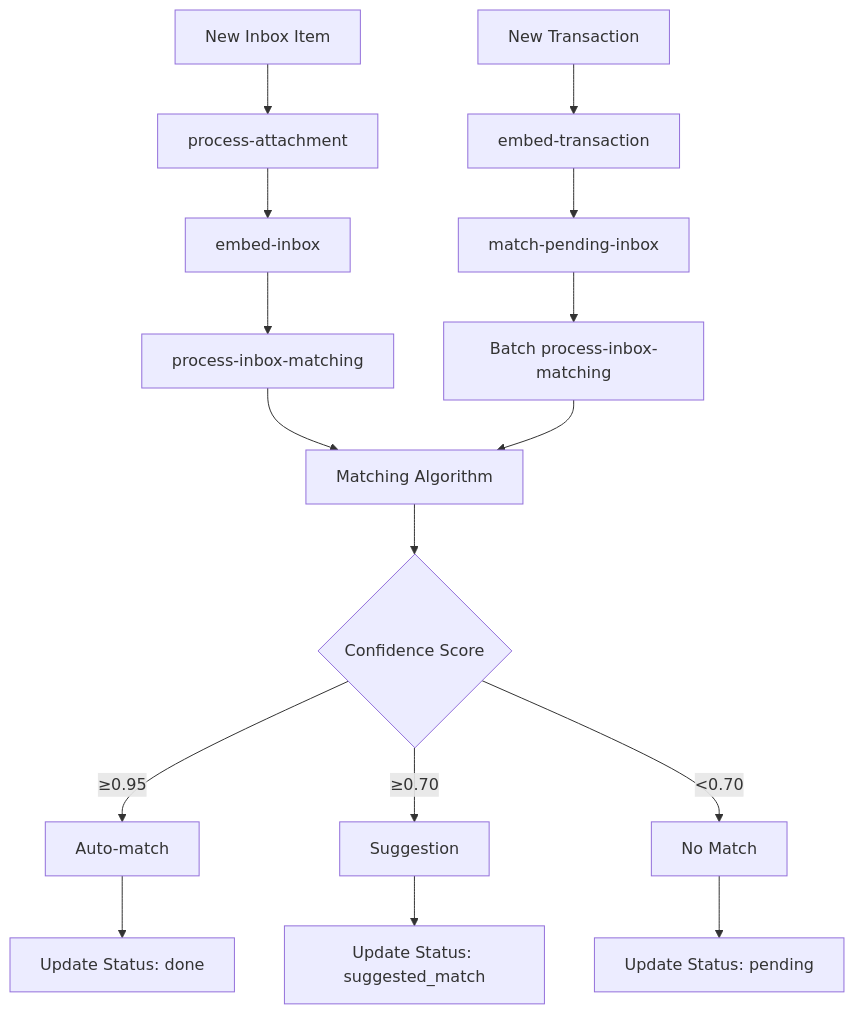
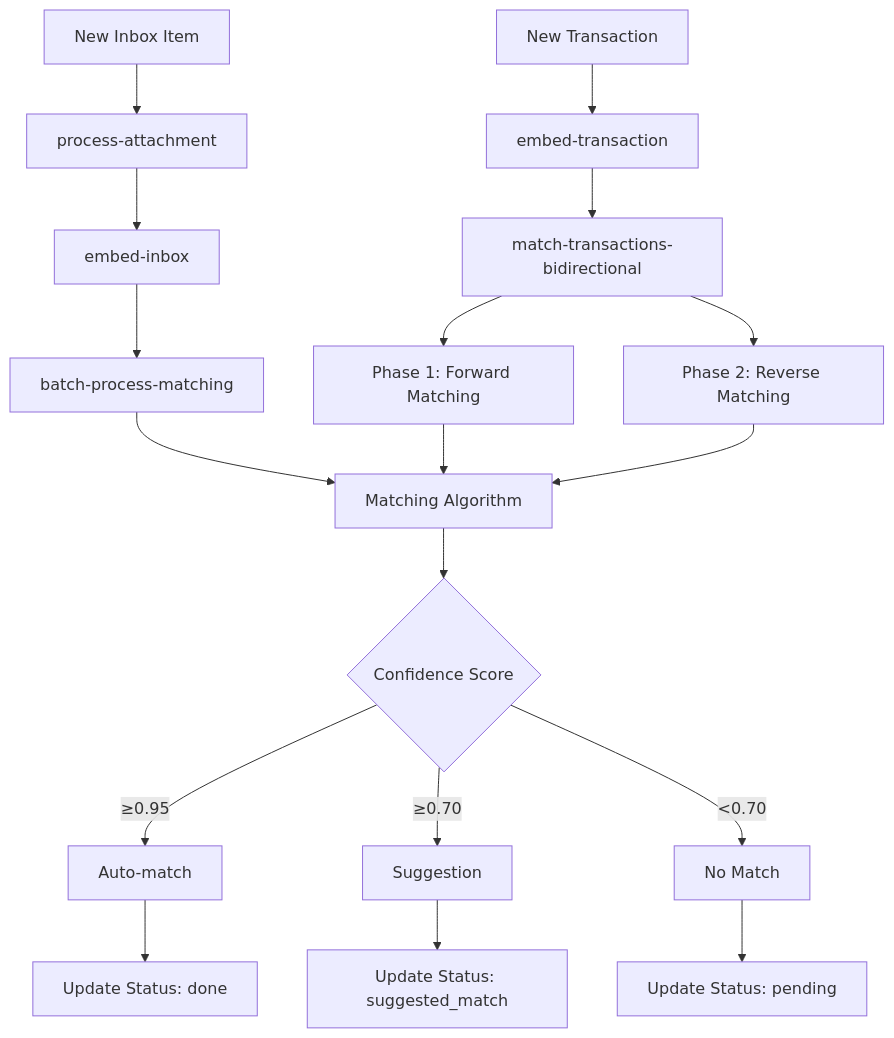
Before and after one commit to midday-ai/midday: the diagram in docs/inbox-matching.md, drawn with Mermaid. The commit also changed other lines of this file and 11 other files, not shown here.

````diff
--- a/docs/inbox-matching.md
+++ b/docs/inbox-matching.md
@@ -29,22 +29,24 @@
 ```mermaid
 graph TD
     A[New Transaction] --> B[embed-transaction]
     C[New Inbox Item] --> D[process-attachment]
     
-    B --> E[match-pending-inbox]
+    B --> E[match-transactions-bidirectional]
     D --> F[embed-inbox]
-    F --> G[process-inbox-matching]
+    F --> G[batch-process-matching]
     
-    E --> H[Batch process-inbox-matching]
-    G --> I[Matching Algorithm]
-    H --> I
+    E --> H[Phase 1: Forward Matching]
+    E --> I[Phase 2: Reverse Matching]
+    G --> J[Matching Algorithm]
+    H --> J
+    I --> J
     
-    I --> J{Confidence Score}
-    J -->|≥0.95| K[Auto-match]
-    J -->|≥0.70| L[Suggestion]
-    J -->|<0.70| M[No Match]
+    J --> K{Confidence Score}
+    K -->|≥0.95| L[Auto-match]
+    K -->|≥0.70| M[Suggestion]
+    K -->|<0.70| N[No Match]
     
-    K --> N[Update Status: done]
-    L --> O[Update Status: suggested_match]
-    M --> P[Update Status: pending]
+    L --> O[Update Status: done]
+    M --> P[Update Status: suggested_match]
+    N --> Q[Update Status: pending]
 ```
````
